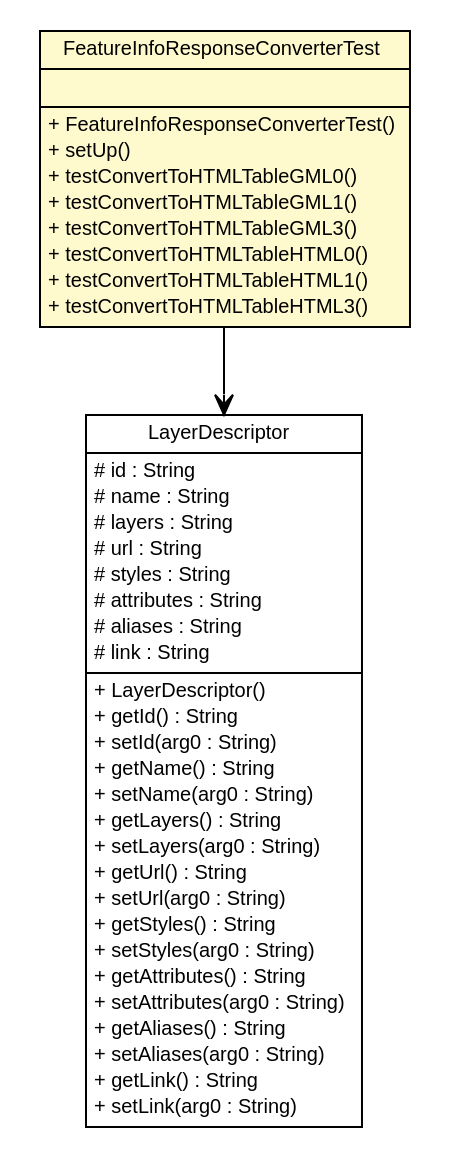
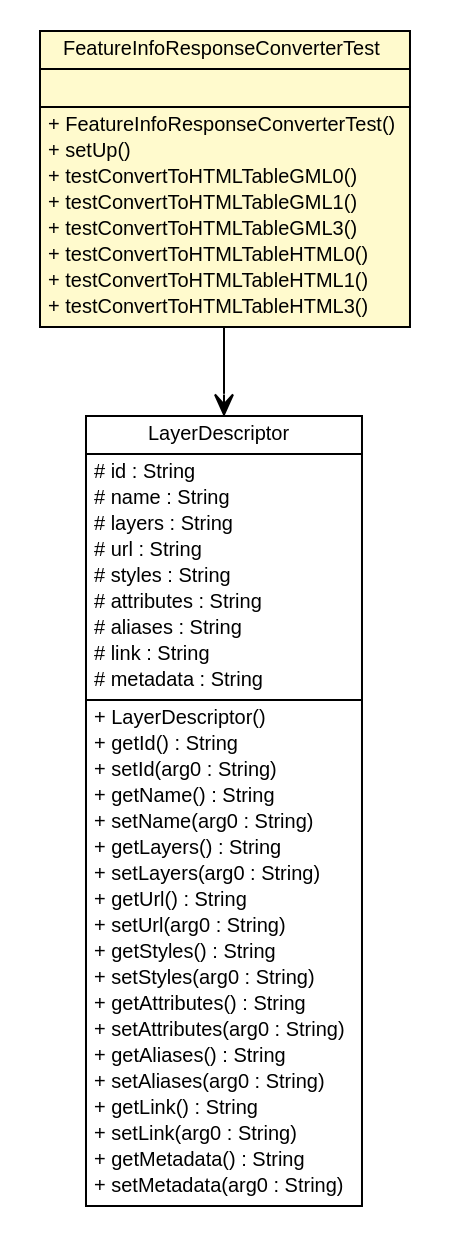
The diagram in testapidocs/nl/mineleni/cbsviewer/servlet/wms/FeatureInfoResponseConverterTest.dot (MinELenI/CBSviewer), drawn with Graphviz before and after one commit. The commit also changed 389 other files, not shown here.

```diff
--- a/testapidocs/nl/mineleni/cbsviewer/servlet/wms/FeatureInfoResponseConverterTest.dot
+++ b/testapidocs/nl/mineleni/cbsviewer/servlet/wms/FeatureInfoResponseConverterTest.dot
@@ -1,68 +1,71 @@
 #!/usr/local/bin/dot
 #
 # Class diagram 
 # Generated by UMLGraph version R5_6 (http://www.umlgraph.org/)
 #
 
 digraph G {
 	edge [fontname="arial",fontsize=10,labelfontname="arial",labelfontsize=10];
 	node [fontname="arial",fontsize=10,shape=plaintext];
 	nodesep=0.25;
 	ranksep=0.5;
 	// nl.mineleni.cbsviewer.servlet.wms.FeatureInfoResponseConverterTest
 	c481 [label=<<table title="nl.mineleni.cbsviewer.servlet.wms.FeatureInfoResponseConverterTest" border="0" cellborder="1" cellspacing="0" cellpadding="2" port="p" bgcolor="lemonChiffon" href="./FeatureInfoResponseConverterTest.html">
 		<tr><td><table border="0" cellspacing="0" cellpadding="1">
 <tr><td align="center" balign="center"> FeatureInfoResponseConverterTest </td></tr>
 		</table></td></tr>
 		<tr><td><table border="0" cellspacing="0" cellpadding="1">
 <tr><td align="left" balign="left">  </td></tr>
 		</table></td></tr>
 		<tr><td><table border="0" cellspacing="0" cellpadding="1">
 <tr><td align="left" balign="left"> + FeatureInfoResponseConverterTest() </td></tr>
 <tr><td align="left" balign="left"> + setUp() </td></tr>
 <tr><td align="left" balign="left"> + testConvertToHTMLTableGML0() </td></tr>
 <tr><td align="left" balign="left"> + testConvertToHTMLTableGML1() </td></tr>
 <tr><td align="left" balign="left"> + testConvertToHTMLTableGML3() </td></tr>
 <tr><td align="left" balign="left"> + testConvertToHTMLTableHTML0() </td></tr>
 <tr><td align="left" balign="left"> + testConvertToHTMLTableHTML1() </td></tr>
 <tr><td align="left" balign="left"> + testConvertToHTMLTableHTML3() </td></tr>
 		</table></td></tr>
 		</table>>, URL="./FeatureInfoResponseConverterTest.html", fontname="arial", fontcolor="black", fontsize=10.0];
 	// nl.mineleni.cbsviewer.servlet.wms.FeatureInfoResponseConverterTest NAVASSOC nl.mineleni.cbsviewer.util.xml.LayerDescriptor
 	c481:p -> c495:p [taillabel="", label="", headlabel="", fontname="arial", fontcolor="black", fontsize=10.0, color="black", arrowhead=open];
 	// nl.mineleni.cbsviewer.util.xml.LayerDescriptor
 	c495 [label=<<table title="nl.mineleni.cbsviewer.util.xml.LayerDescriptor" border="0" cellborder="1" cellspacing="0" cellpadding="2" port="p">
 		<tr><td><table border="0" cellspacing="0" cellpadding="1">
 <tr><td align="center" balign="center"> LayerDescriptor </td></tr>
 		</table></td></tr>
 		<tr><td><table border="0" cellspacing="0" cellpadding="1">
 <tr><td align="left" balign="left"> # id : String </td></tr>
 <tr><td align="left" balign="left"> # name : String </td></tr>
 <tr><td align="left" balign="left"> # layers : String </td></tr>
 <tr><td align="left" balign="left"> # url : String </td></tr>
 <tr><td align="left" balign="left"> # styles : String </td></tr>
 <tr><td align="left" balign="left"> # attributes : String </td></tr>
 <tr><td align="left" balign="left"> # aliases : String </td></tr>
 <tr><td align="left" balign="left"> # link : String </td></tr>
+<tr><td align="left" balign="left"> # metadata : String </td></tr>
 		</table></td></tr>
 		<tr><td><table border="0" cellspacing="0" cellpadding="1">
 <tr><td align="left" balign="left"> + LayerDescriptor() </td></tr>
 <tr><td align="left" balign="left"> + getId() : String </td></tr>
 <tr><td align="left" balign="left"> + setId(arg0 : String) </td></tr>
 <tr><td align="left" balign="left"> + getName() : String </td></tr>
 <tr><td align="left" balign="left"> + setName(arg0 : String) </td></tr>
 <tr><td align="left" balign="left"> + getLayers() : String </td></tr>
 <tr><td align="left" balign="left"> + setLayers(arg0 : String) </td></tr>
 <tr><td align="left" balign="left"> + getUrl() : String </td></tr>
 <tr><td align="left" balign="left"> + setUrl(arg0 : String) </td></tr>
 <tr><td align="left" balign="left"> + getStyles() : String </td></tr>
 <tr><td align="left" balign="left"> + setStyles(arg0 : String) </td></tr>
 <tr><td align="left" balign="left"> + getAttributes() : String </td></tr>
 <tr><td align="left" balign="left"> + setAttributes(arg0 : String) </td></tr>
 <tr><td align="left" balign="left"> + getAliases() : String </td></tr>
 <tr><td align="left" balign="left"> + setAliases(arg0 : String) </td></tr>
 <tr><td align="left" balign="left"> + getLink() : String </td></tr>
 <tr><td align="left" balign="left"> + setLink(arg0 : String) </td></tr>
+<tr><td align="left" balign="left"> + getMetadata() : String </td></tr>
+<tr><td align="left" balign="left"> + setMetadata(arg0 : String) </td></tr>
 		</table></td></tr>
 		</table>>, URL="null", fontname="arial", fontcolor="black", fontsize=10.0];
 }
```
